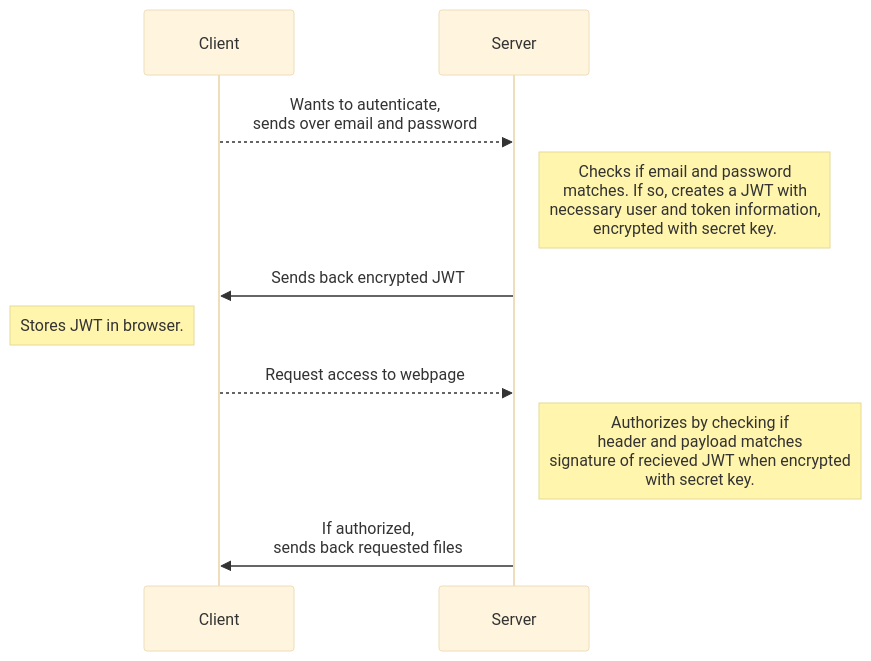
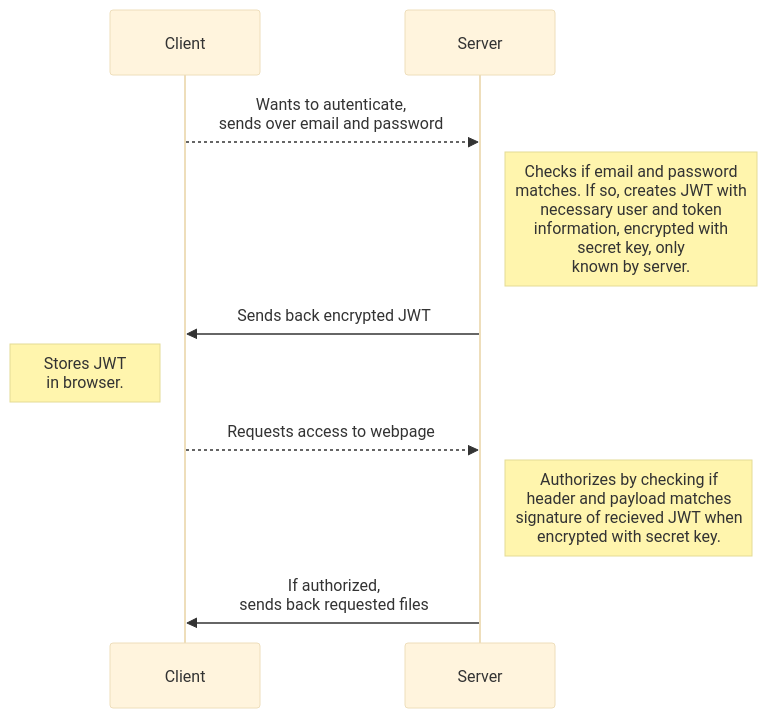
Before and after one commit to AnnaToll/user-stories: the first of 4 diagrams in README.md, drawn with Mermaid (base theme).

Commit message:
Sequence diagram - line break tweek

````diff
--- a/README.md
+++ b/README.md
@@ -3,11 +3,11 @@
 ```mermaid
 sequenceDiagram
 	Client-->>Server: Wants to autenticate,<br>sends over email and password
-	Note right of Server: Checks if email and password<br>matches. If so, creates a JWT with <br> necessary user and token information,<br>encrypted with secret key.
+	Note right of Server: Checks if email and password<br>matches. If so, creates JWT with <br>necessary user and token<br>information, encrypted with<br>secret key, only<br>known by server.
 	Server->>Client: Sends back encrypted JWT
-	Note left of Client: Stores JWT in browser.
-	Client-->>Server: Request access to webpage
-	Note right of Server: Authorizes by checking if<br>header and payload matches<br>signature of recieved JWT when encrypted<br>with secret key.
+	Note left of Client: Stores JWT<br>in browser.
+	Client-->>Server: Requests access to webpage
+	Note right of Server: Authorizes by checking if<br>header and payload matches<br>signature of recieved JWT when<br>encrypted with secret key.
 	Server->>Client: If authorized,<br>sends back requested files
 	
 ```
````
